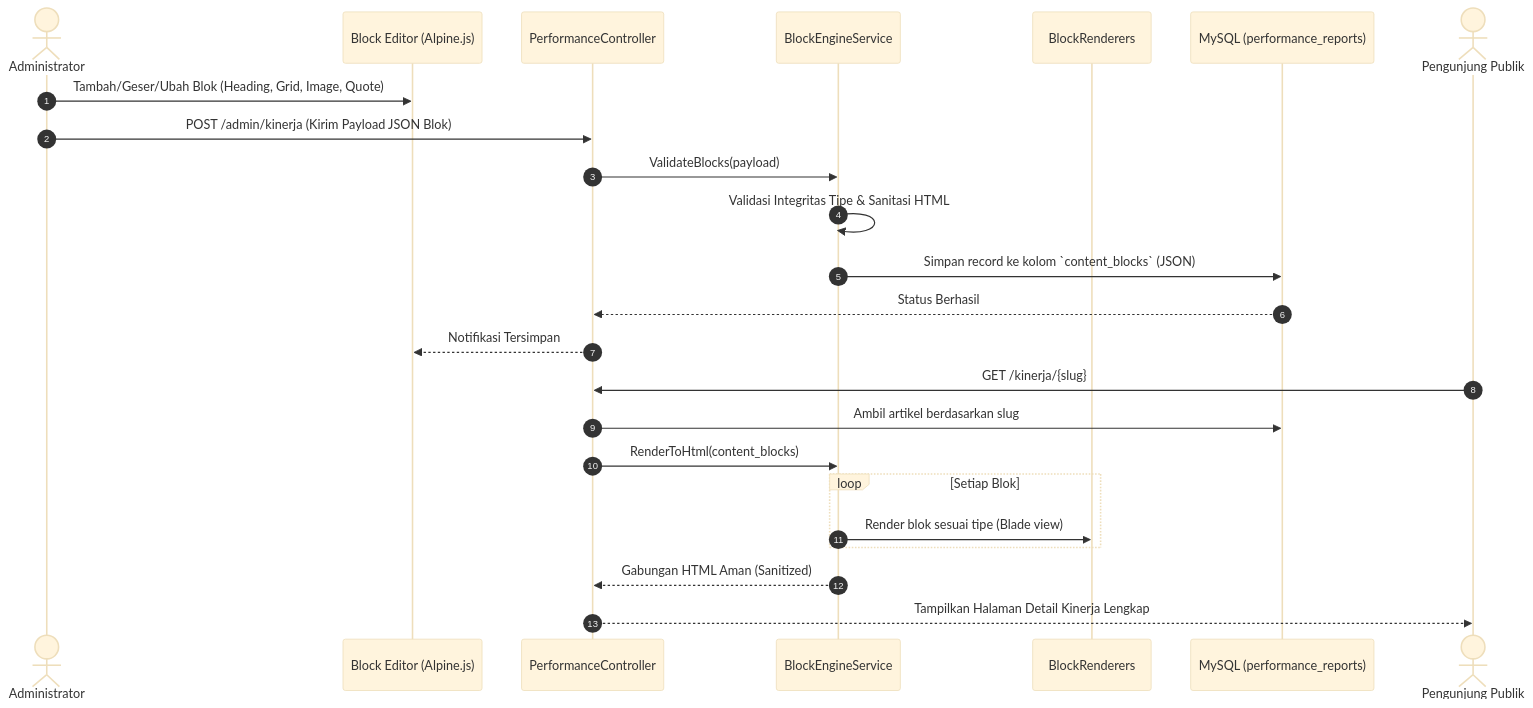
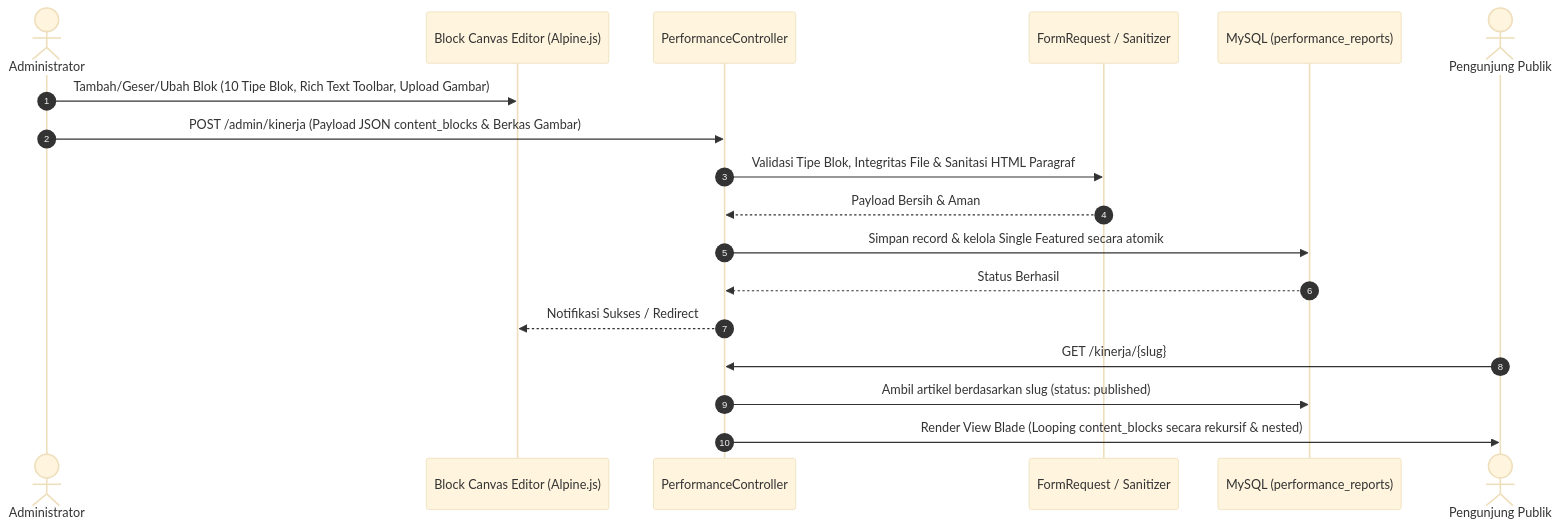
One commit to azrilzulfan/BanuBagaskara changed the second of 4 diagrams in docs/ARCHITECTURE.md. Above: the diagram before and after it, drawn with Mermaid (base theme). The commit also changed other lines of this file and 23 other files, not shown here.

````diff
--- a/docs/ARCHITECTURE.md
+++ b/docs/ARCHITECTURE.md
@@ -175,28 +232,22 @@
 ```mermaid
 sequenceDiagram
     autonumber
     actor Admin as Administrator
-    participant AdminUI as Block Editor (Alpine.js)
+    participant AdminUI as Block Canvas Editor (Alpine.js)
     participant Controller as PerformanceController
-    participant BlockEngine as BlockEngineService
-    participant Renderer as BlockRenderers
+    participant Validator as FormRequest / Sanitizer
     participant DB as MySQL (performance_reports)
     actor PublicUser as Pengunjung Publik
 
-    Admin->>AdminUI: Tambah/Geser/Ubah Blok (Heading, Grid, Image, Quote)
-    Admin->>Controller: POST /admin/kinerja (Kirim Payload JSON Blok)
-    Controller->>BlockEngine: ValidateBlocks(payload)
-    BlockEngine->>BlockEngine: Validasi Integritas Tipe & Sanitasi HTML
-    BlockEngine->>DB: Simpan record ke kolom `content_blocks` (JSON)
+    Admin->>AdminUI: Tambah/Geser/Ubah Blok (10 Tipe Blok, Rich Text Toolbar, Upload Gambar)
+    Admin->>Controller: POST /admin/kinerja (Payload JSON content_blocks & Berkas Gambar)
+    Controller->>Validator: Validasi Tipe Blok, Integritas File & Sanitasi HTML Paragraf
+    Validator-->>Controller: Payload Bersih & Aman
+    Controller->>DB: Simpan record & kelola Single Featured secara atomik
     DB-->>Controller: Status Berhasil
-    Controller-->>AdminUI: Notifikasi Tersimpan
+    Controller-->>AdminUI: Notifikasi Sukses / Redirect
 
     PublicUser->>Controller: GET /kinerja/{slug}
-    Controller->>DB: Ambil artikel berdasarkan slug
-    Controller->>BlockEngine: RenderToHtml(content_blocks)
-    loop Setiap Blok
-        BlockEngine->>Renderer: Render blok sesuai tipe (Blade view)
-    end
-    BlockEngine-->>Controller: Gabungan HTML Aman (Sanitized)
-    Controller-->>PublicUser: Tampilkan Halaman Detail Kinerja Lengkap
+    Controller->>DB: Ambil artikel berdasarkan slug (status: published)
+    Controller->>PublicUser: Render View Blade (Looping content_blocks secara rekursif & nested)
 ```
````
